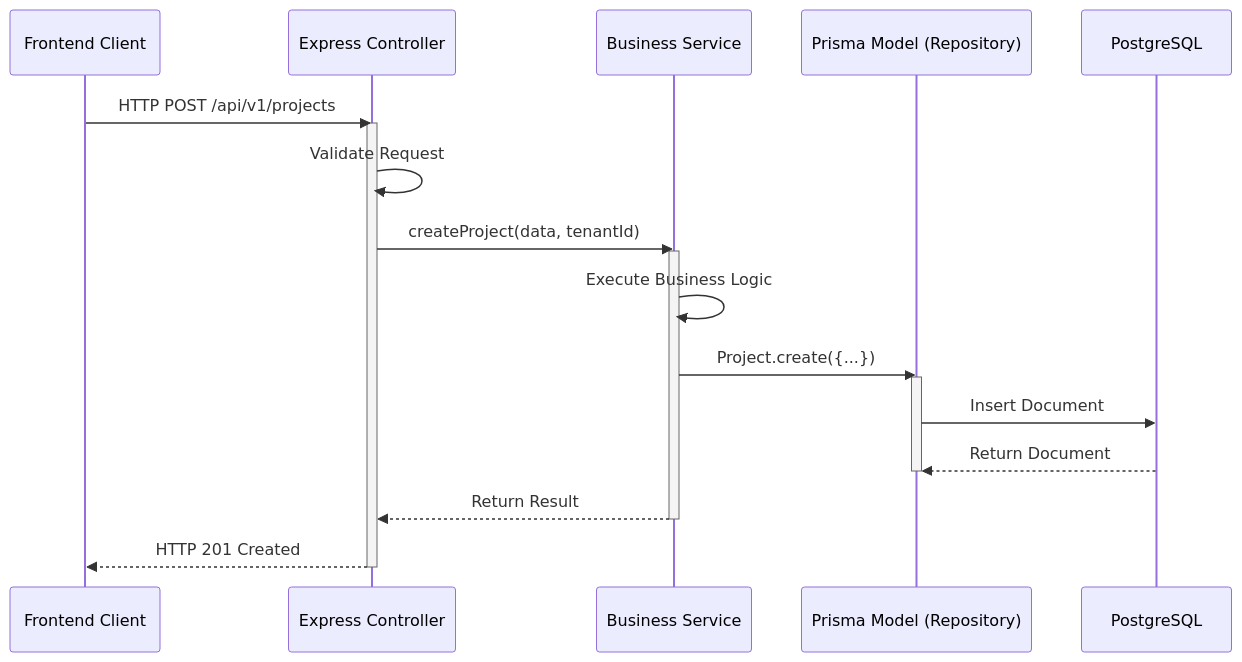
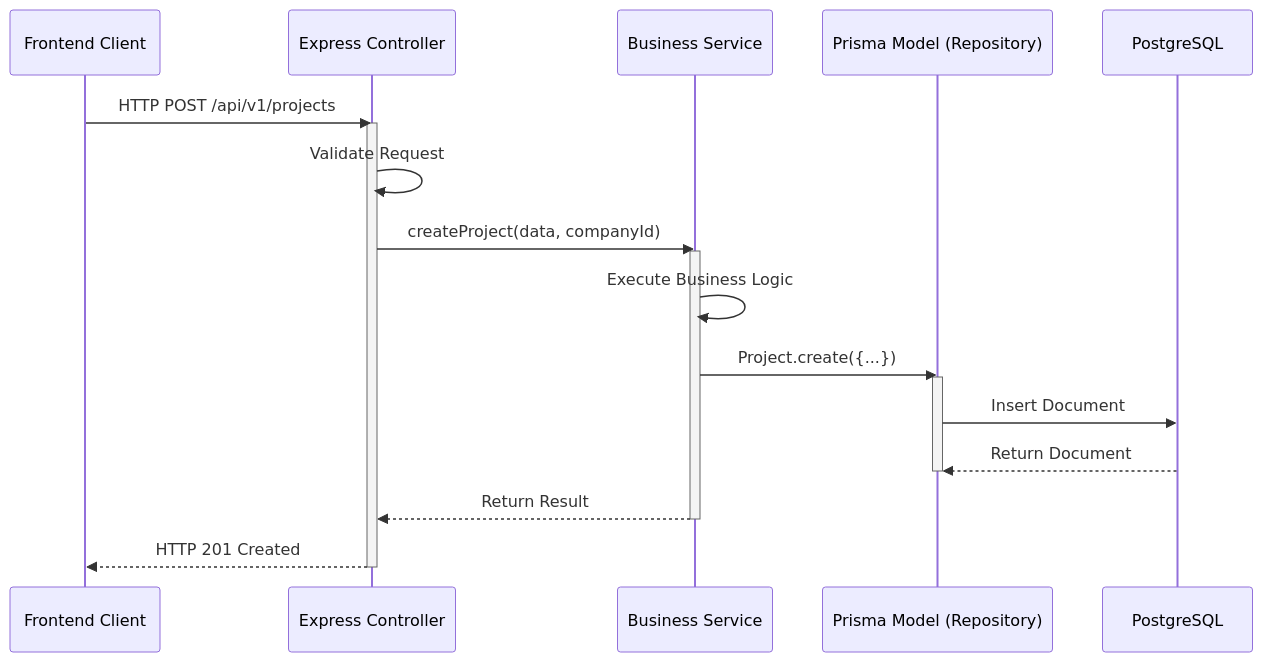
One commit to simplicion/180workspace changed the diagram in apps/docs/docs/02-architecture/backend-architecture.md. Above: the diagram before and after it, drawn with Mermaid. The commit also changed other lines of this file and 171 other files, not shown here.

````diff
--- a/apps/docs/docs/02-architecture/backend-architecture.md
+++ b/apps/docs/docs/02-architecture/backend-architecture.md
@@ -9,24 +9,24 @@
 ```mermaid
 sequenceDiagram
     participant Client as Frontend Client
     participant Controller as Express Controller
     participant Service as Business Service
     participant Model as Prisma Model (Repository)
     participant DB as PostgreSQL
     
     Client->>Controller: HTTP POST /api/v1/projects
     activate Controller
     Controller->>Controller: Validate Request
-    Controller->>Service: createProject(data, tenantId)
+    Controller->>Service: createProject(data, companyId)
     activate Service
     Service->>Service: Execute Business Logic
     Service->>Model: Project.create({...})
     activate Model
     Model->>DB: Insert Document
     DB-->>Model: Return Document
     deactivate Model
     Service-->>Controller: Return Result
     deactivate Service
     Controller-->>Client: HTTP 201 Created
     deactivate Controller
 ```
````
